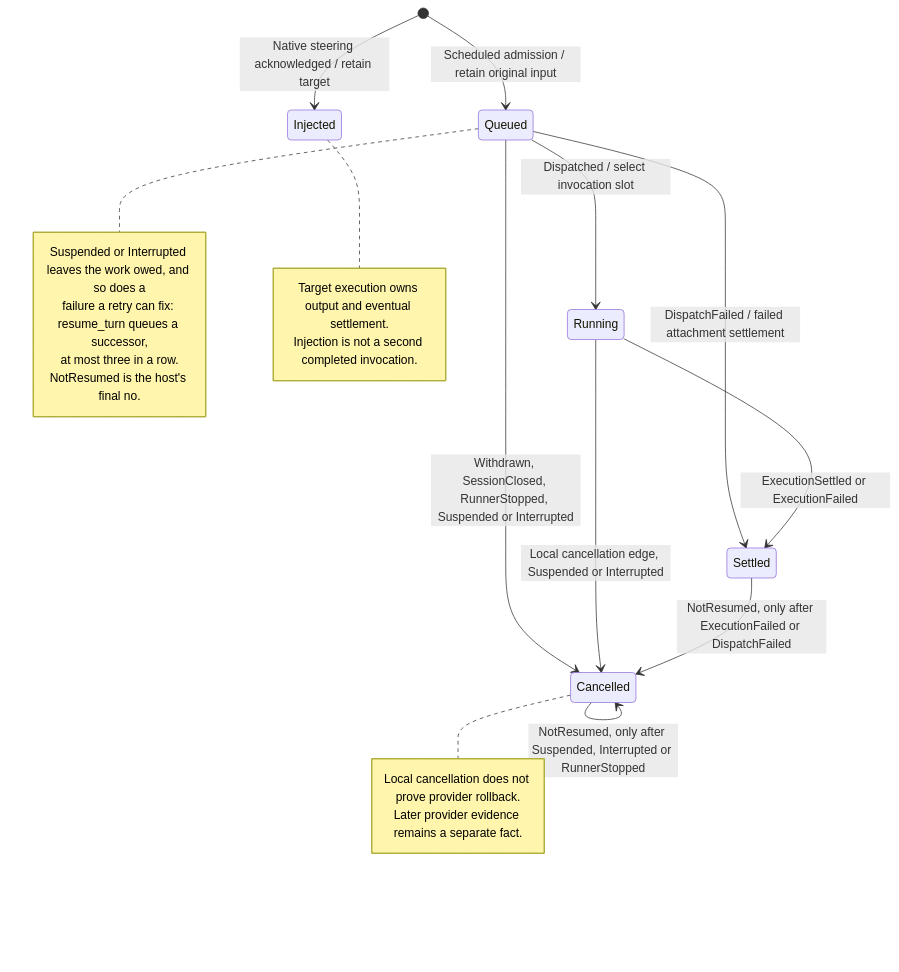
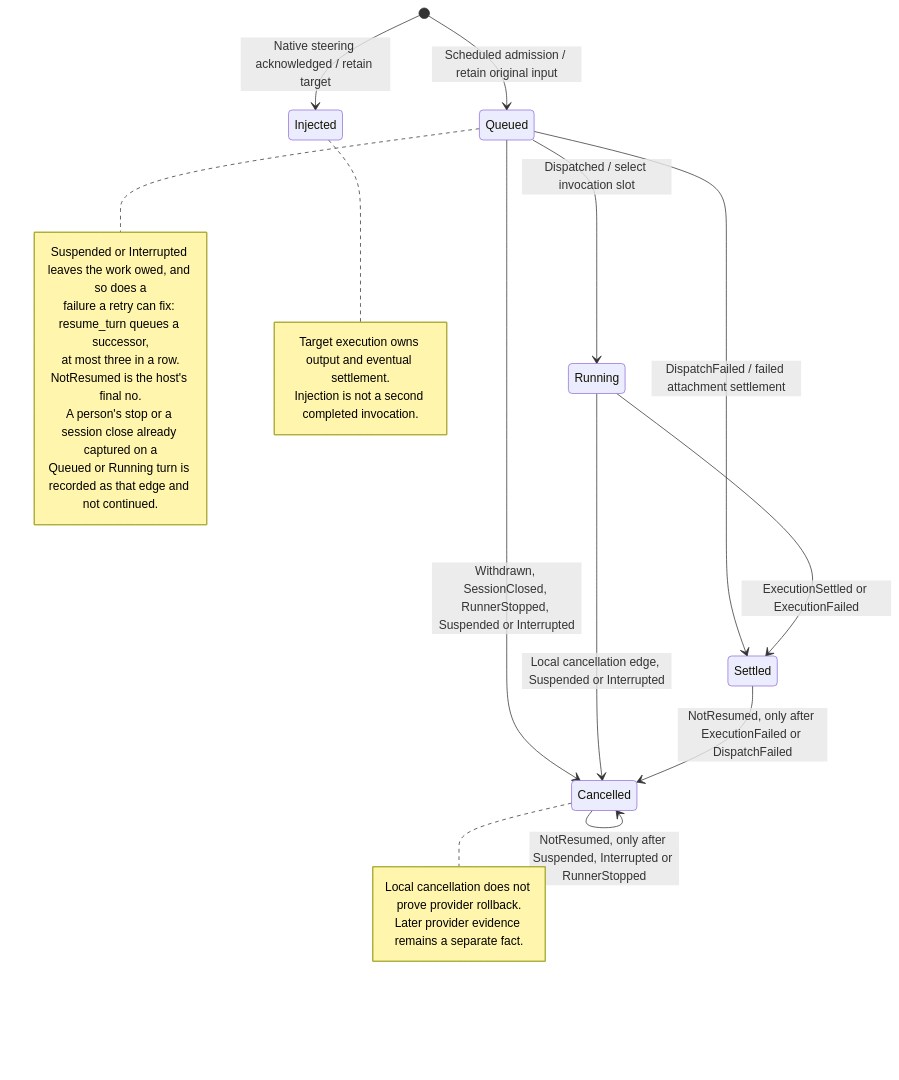
One commit to nessalabs/nessa-agent changed the diagram in docs/state/services/sdk/scheduling.md. Above: the diagram before and after it, drawn with Mermaid. The commit also changed other lines of this file and 4 other files, not shown here.

First line of the commit message:
Finish a captured stop after restart instead of leaving the turn running (#1257)

````diff
--- a/docs/state/services/sdk/scheduling.md
+++ b/docs/state/services/sdk/scheduling.md
@@ -24,26 +26,28 @@
 ```mermaid
 stateDiagram-v2
     [*] --> Queued: Scheduled admission / retain original input
     Queued --> Running: Dispatched / select invocation slot
     Queued --> Cancelled: Withdrawn, SessionClosed, RunnerStopped, Suspended or Interrupted
     Queued --> Settled: DispatchFailed / failed attachment settlement
     Running --> Settled: ExecutionSettled or ExecutionFailed
     Running --> Cancelled: Local cancellation edge, Suspended or Interrupted
     Cancelled --> Cancelled: NotResumed, only after Suspended, Interrupted or RunnerStopped
     Settled --> Cancelled: NotResumed, only after ExecutionFailed or DispatchFailed
     note right of Queued
         Suspended or Interrupted leaves the work owed, and so does a
         failure a retry can fix: resume_turn queues a successor,
         at most three in a row.
         NotResumed is the host's final no.
+        A person's stop or a session close already captured on a
+        Queued or Running turn is recorded as that edge and not continued.
     end note
     [*] --> Injected: Native steering acknowledged / retain target
     note right of Injected
         Target execution owns output and eventual settlement.
         Injection is not a second completed invocation.
     end note
     note right of Cancelled
         Local cancellation does not prove provider rollback.
         Later provider evidence remains a separate fact.
     end note
 ```
````
